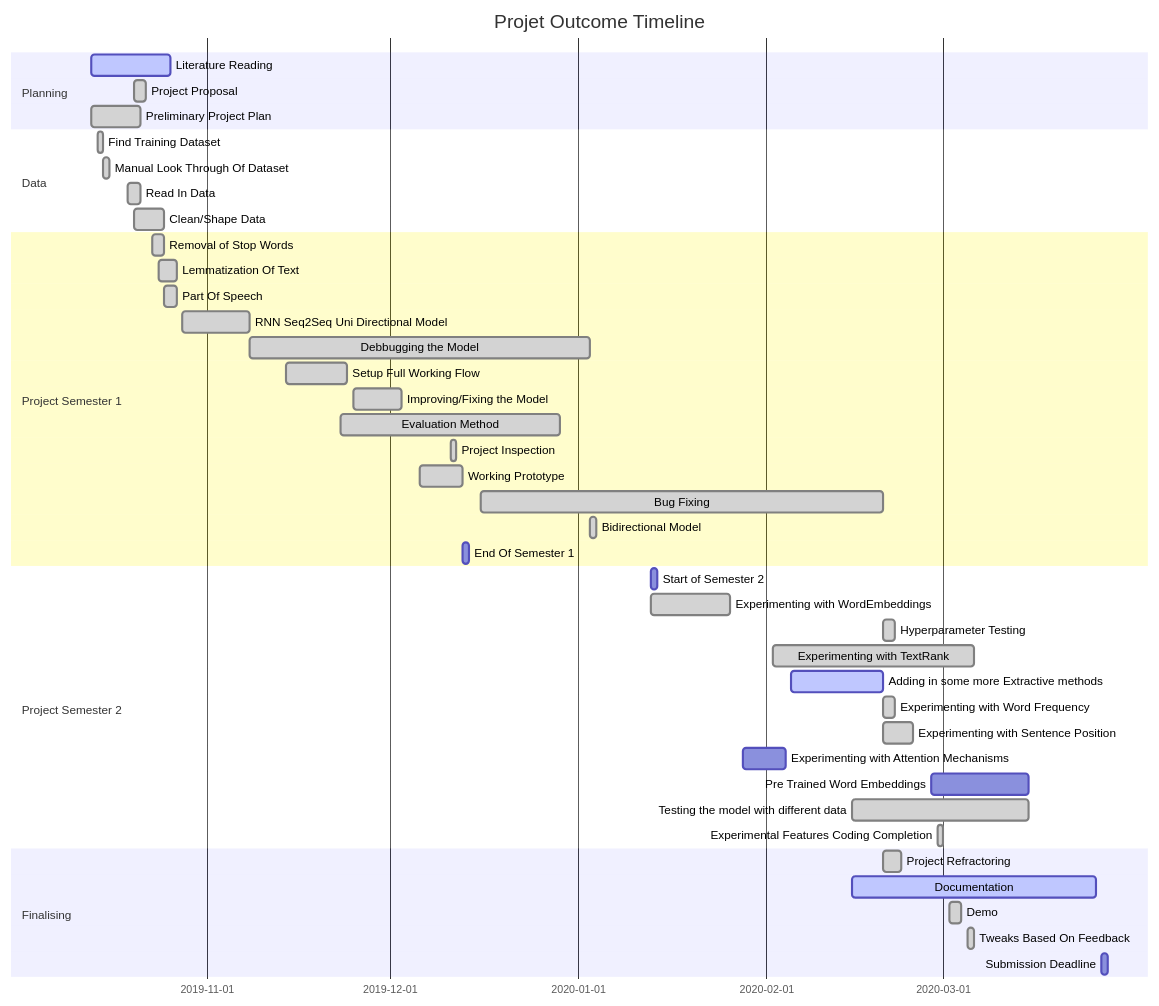
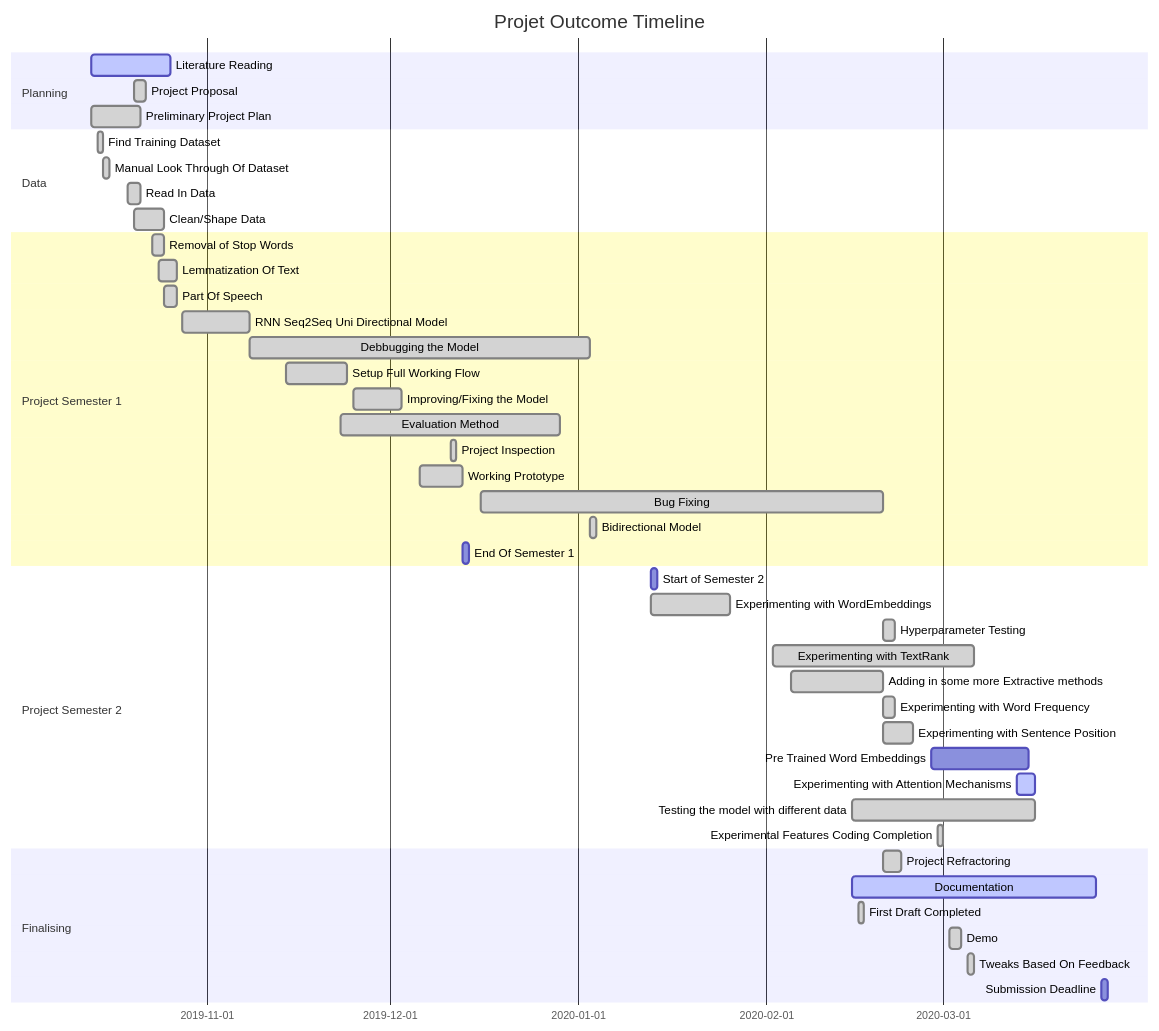
The second of 2 diagrams in README.md (bmistry12/text-summarisation), drawn with Mermaid before and after one commit. The commit also changed other lines of this file and 10 other files, not shown here.

````diff
--- a/README.md
+++ b/README.md
@@ -149,51 +147,52 @@
 ```mermaid
 gantt
 dateFormat  YYYY-MM-DD
 title Projet Outcome Timeline
 
 section Planning
 Literature Reading                      :active,  des1, 2019-10-13, 2019-10-26
 Project Proposal                        :done,    des1, 2019-10-20, 2019-10-22
 Preliminary Project Plan                :done,    des1, 2019-10-13, 2019-10-21
 
 section Data                  
 Find Training Dataset                   :done,    des1, 2019-10-14, 2019-10-15
 Manual Look Through Of Dataset          :done,    des1, 2019-10-15, 2019-10-16
 Read In Data                            :done,    des1, 2019-10-19, 2019-10-21
 Clean/Shape Data                        :done,    des1, 2019-10-20, 2019-10-25
 
 section Project Semester 1
 Removal of Stop Words                   :done,    des1, 2019-10-23, 2019-10-25
 Lemmatization Of Text                   :done,    des1, 2019-10-24, 2019-10-27
 Part Of Speech                          :done,    des1, 2019-10-25, 2019-10-27
 RNN Seq2Seq Uni Directional Model       :done,    des1, 2019-10-28, 2019-11-08
 Debbugging the Model                    :done,    des1, 2019-11-08, 2020-01-03
 Setup Full Working Flow                 :done,    des1, 2019-11-14, 2019-11-24
 Improving/Fixing the Model              :done,    des1, 2019-11-25, 2019-12-03
 Evaluation Method                       :done,    des1, 2019-11-23, 2019-12-29
 Project Inspection                      :done,    des1, 2019-12-11, 1d
 Working Prototype                       :done,    des1, 2019-12-06, 2019-12-13
 Bug Fixing                              :done,    des1, 2019-12-16, 2020-02-20
 Bidirectional Model                     :done,    des1, 2020-01-03, 2020-01-04
 End Of Semester 1                       :         des1, 2019-12-13, 1d
 
 section Project Semester 2
 Start of Semester 2                     :         des1, 2020-01-13, 1d
 Experimenting with WordEmbeddings       :done,    des1, 2020-01-13, 2020-01-26
 Hyperparameter Testing                  :done,    des1, 2020-02-20, 2020-02-22
 Experimenting with TextRank             :done,    des1, 2020-02-02, 2020-03-06
-Adding in some more Extractive methods  :active,  des1, 2020-02-05, 2020-02-20
+Adding in some more Extractive methods  :done,    des1, 2020-02-05, 2020-02-20
 Experimenting with Word Frequency       :done,    des1, 2020-02-20, 2020-02-22
 Experimenting with Sentence Position    :done,    des1, 2020-02-20, 2020-02-25
-Experimenting with Attention Mechanisms :         des1, 2020-01-28, 2020-02-04
 Pre Trained Word Embeddings             :active   des1, 2020-02-28, 2020-03-15
-Testing the model with different data   :done,    des1, 2020-02-15, 2020-03-15
+Experimenting with Attention Mechanisms :active,  des1, 2020-03-13, 2020-03-16
+Testing the model with different data   :done,    des1, 2020-02-15, 2020-03-16
 Experimental Features Coding Completion :done,    des1, 2020-02-29, 1d
 
 Section Finalising
 Project Refractoring                    :done,    des1, 2020-02-20, 2020-02-23
 Documentation                           :active,  des1, 2020-02-15, 2020-03-26
+First Draft Completed                   :done,    des1, 2020-02-16, 1d
 Demo                                    :done,    des1, 2020-03-02, 2020-03-04
 Tweaks Based On Feedback                :done,    des1, 2020-03-05, 2020-03-06
 Submission Deadline                     :         des1, 2020-03-27, 1d
 ```
````
